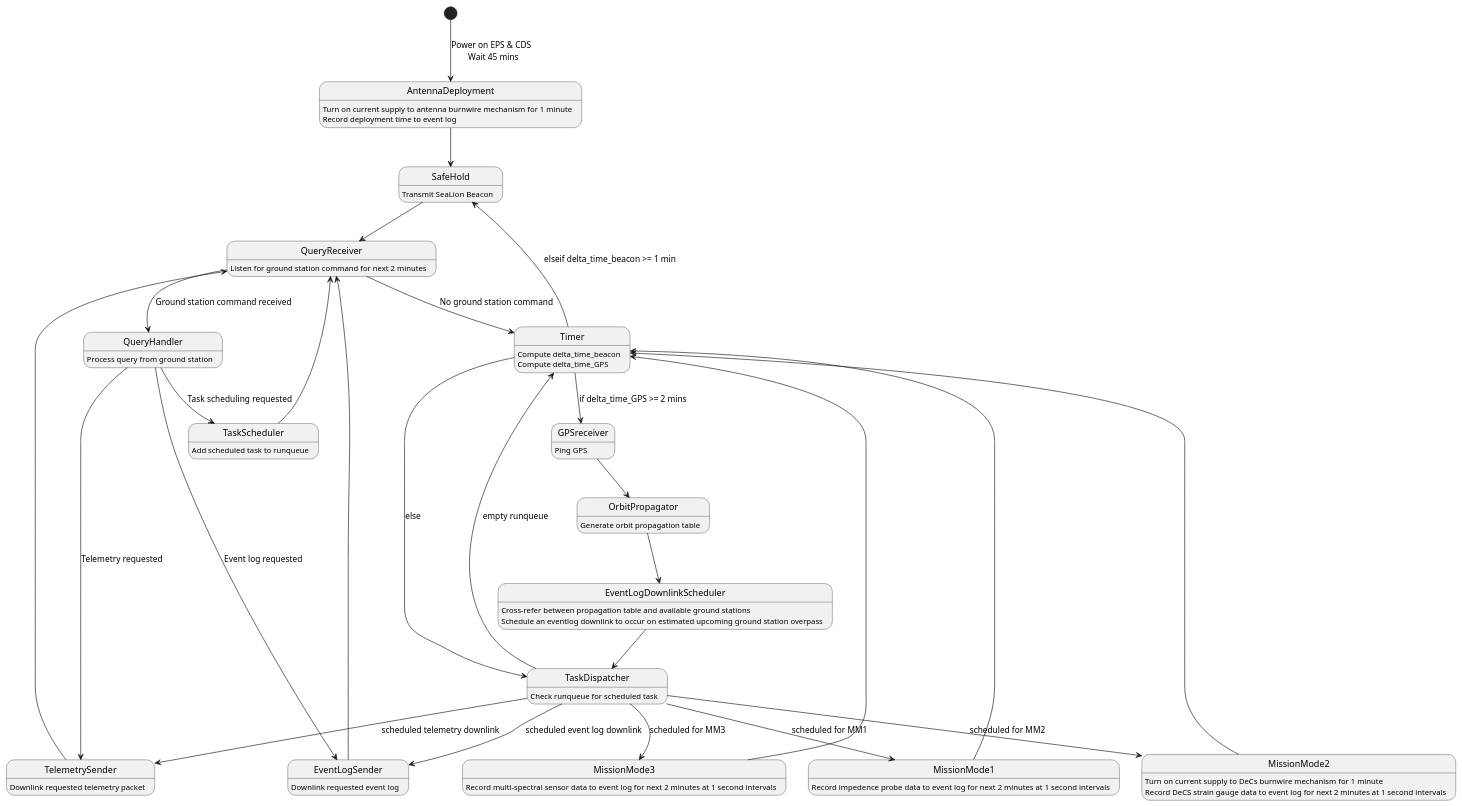
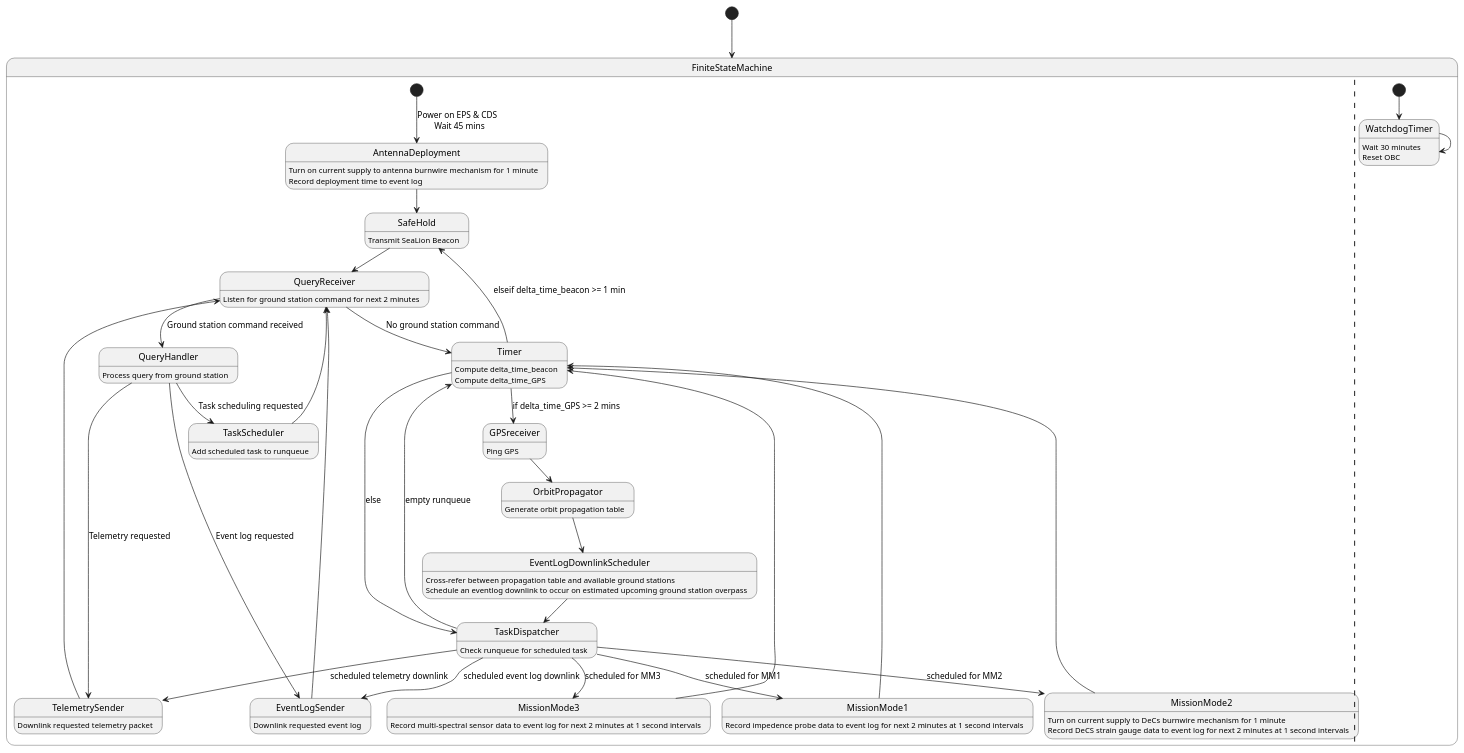
The diagram in fsw-architecture/operating-mode-as-fsm.puml (ODU-CGA-CubeSat/FSW), drawn with PlantUML before and after one commit.

Commit message:
Update operating-mode-as-fsm.puml
Add Watchdog Timer as concurrent state

```diff
--- a/fsw-architecture/operating-mode-as-fsm.puml
+++ b/fsw-architecture/operating-mode-as-fsm.puml
@@ -1,64 +1,73 @@
 @startuml
 
-state AntennaDeployment
-      AntennaDeployment : Turn on current supply to antenna burnwire mechanism for 1 minute
-      AntennaDeployment : Record deployment time to event log
-state SafeHold
-      SafeHold : Transmit SeaLion Beacon
-state QueryReceiver
-      QueryReceiver : Listen for ground station command for next 2 minutes
-state TelemetrySender
-      TelemetrySender : Downlink requested telemetry packet
-state EventLogSender
-      EventLogSender : Downlink requested event log
-state Timer
-      Timer : Compute delta_time_beacon
-      Timer : Compute delta_time_GPS
-state MissionMode1
-      MissionMode1 : Record impedence probe data to event log for next 2 minutes at 1 second intervals
-state MissionMode2
-      MissionMode2 : Turn on current supply to DeCs burnwire mechanism for 1 minute
-      MissionMode2 : Record DeCS strain gauge data to event log for next 2 minutes at 1 second intervals
-state MissionMode3
-      MissionMode3 : Record multi-spectral sensor data to event log for next 2 minutes at 1 second intervals
-state TaskDispatcher
-      TaskDispatcher : Check runqueue for scheduled task
-state OrbitPropagator
-      OrbitPropagator : Generate orbit propagation table
-state EventLogDownlinkScheduler
-      EventLogDownlinkScheduler : Cross-refer between propagation table and available ground stations
-      EventLogDownlinkScheduler : Schedule an eventlog downlink to occur on estimated upcoming ground station overpass
-state GPSreceiver
-      GPSreceiver : Ping GPS
-state QueryHandler
-      QueryHandler : Process query from ground station
-state TaskScheduler
-      TaskScheduler : Add scheduled task to runqueue
+[*] --> FiniteStateMachine
+state FiniteStateMachine {
+      state AntennaDeployment
+            AntennaDeployment : Turn on current supply to antenna burnwire mechanism for 1 minute
+            AntennaDeployment : Record deployment time to event log
+      state SafeHold
+            SafeHold : Transmit SeaLion Beacon
+      state QueryReceiver
+            QueryReceiver : Listen for ground station command for next 2 minutes
+      state TelemetrySender
+            TelemetrySender : Downlink requested telemetry packet
+      state EventLogSender
+            EventLogSender : Downlink requested event log
+      state Timer
+            Timer : Compute delta_time_beacon
+            Timer : Compute delta_time_GPS
+      state MissionMode1
+            MissionMode1 : Record impedence probe data to event log for next 2 minutes at 1 second intervals
+      state MissionMode2
+            MissionMode2 : Turn on current supply to DeCs burnwire mechanism for 1 minute
+            MissionMode2 : Record DeCS strain gauge data to event log for next 2 minutes at 1 second intervals
+      state MissionMode3
+            MissionMode3 : Record multi-spectral sensor data to event log for next 2 minutes at 1 second intervals
+      state TaskDispatcher
+            TaskDispatcher : Check runqueue for scheduled task
+      state OrbitPropagator
+            OrbitPropagator : Generate orbit propagation table
+      state EventLogDownlinkScheduler
+            EventLogDownlinkScheduler : Cross-refer between propagation table and available ground stations
+            EventLogDownlinkScheduler : Schedule an eventlog downlink to occur on estimated upcoming ground station overpass
+      state GPSreceiver
+            GPSreceiver : Ping GPS
+      state QueryHandler
+            QueryHandler : Process query from ground station
+      state TaskScheduler
+            TaskScheduler : Add scheduled task to runqueue
 
-[*] --> AntennaDeployment : Power on EPS & CDS \n Wait 45 mins
-AntennaDeployment --> SafeHold
-SafeHold --> QueryReceiver
-QueryReceiver --> QueryHandler : Ground station command received
-QueryReceiver --> Timer : No ground station command
-QueryHandler --> TelemetrySender : Telemetry requested
-QueryHandler --> EventLogSender : Event log requested
-QueryHandler --> TaskScheduler : Task scheduling requested
-TelemetrySender --> QueryReceiver
-EventLogSender --> QueryReceiver
-TaskScheduler --> QueryReceiver
-MissionMode1 --> Timer
-MissionMode2 --> Timer
-MissionMode3 --> Timer
-GPSreceiver --> OrbitPropagator
-OrbitPropagator --> EventLogDownlinkScheduler
-EventLogDownlinkScheduler --> TaskDispatcher
-Timer --> SafeHold : elseif delta_time_beacon >= 1 min
-Timer --> GPSreceiver : if delta_time_GPS >= 2 mins
-Timer --> TaskDispatcher : else
-TaskDispatcher --> MissionMode1 : scheduled for MM1
-TaskDispatcher --> MissionMode2 : scheduled for MM2
-TaskDispatcher --> MissionMode3 : scheduled for MM3
-TaskDispatcher --> Timer : empty runqueue
-TaskDispatcher --> EventLogSender : scheduled event log downlink
-TaskDispatcher --> TelemetrySender : scheduled telemetry downlink
+      [*] --> AntennaDeployment : Power on EPS & CDS \n Wait 45 mins
+      AntennaDeployment --> SafeHold
+      SafeHold --> QueryReceiver
+      QueryReceiver --> QueryHandler : Ground station command received
+      QueryReceiver --> Timer : No ground station command
+      QueryHandler --> TelemetrySender : Telemetry requested
+      QueryHandler --> EventLogSender : Event log requested
+      QueryHandler --> TaskScheduler : Task scheduling requested
+      TelemetrySender --> QueryReceiver
+      EventLogSender --> QueryReceiver
+      TaskScheduler --> QueryReceiver
+      MissionMode1 --> Timer
+      MissionMode2 --> Timer
+      MissionMode3 --> Timer
+      GPSreceiver --> OrbitPropagator
+      OrbitPropagator --> EventLogDownlinkScheduler
+      EventLogDownlinkScheduler --> TaskDispatcher
+      Timer --> SafeHold : elseif delta_time_beacon >= 1 min
+      Timer --> GPSreceiver : if delta_time_GPS >= 2 mins
+      Timer --> TaskDispatcher : else
+      TaskDispatcher --> MissionMode1 : scheduled for MM1
+      TaskDispatcher --> MissionMode2 : scheduled for MM2
+      TaskDispatcher --> MissionMode3 : scheduled for MM3
+      TaskDispatcher --> Timer : empty runqueue
+      TaskDispatcher --> EventLogSender : scheduled event log downlink
+      TaskDispatcher --> TelemetrySender : scheduled telemetry downlink
+      ||
+      state WatchdogTimer
+            WatchdogTimer : Wait 30 minutes
+            WatchdogTimer : Reset OBC
+      [*] --> WatchdogTimer
+      WatchdogTimer --> WatchdogTimer
+}
 @enduml
```
